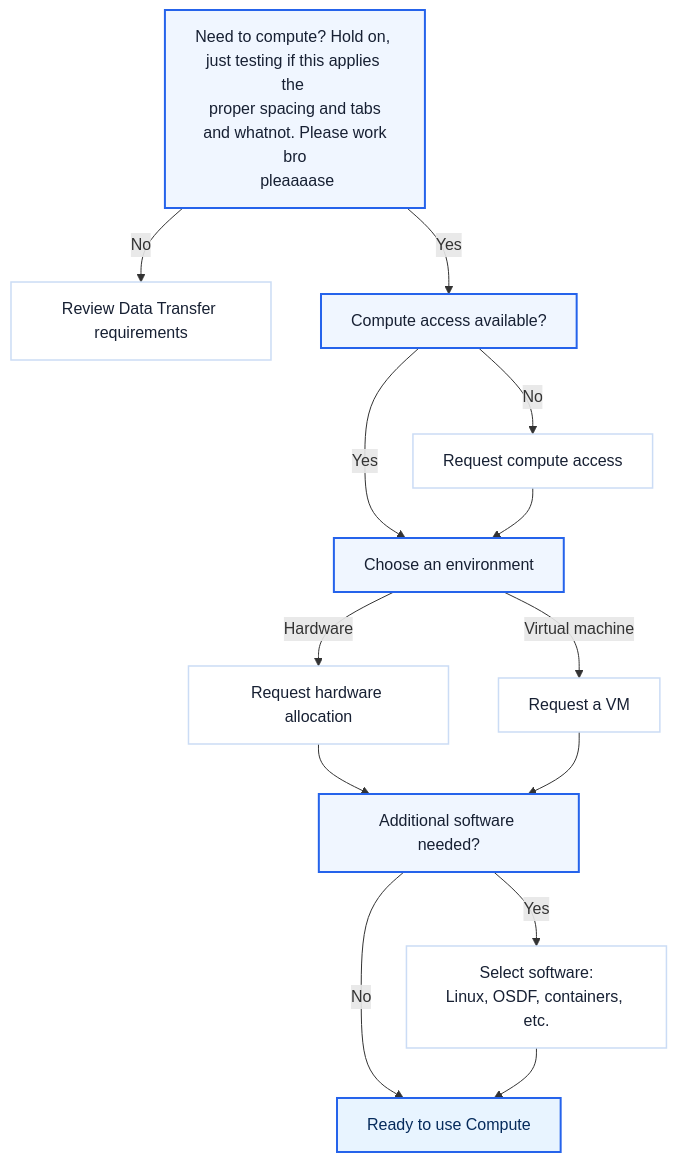
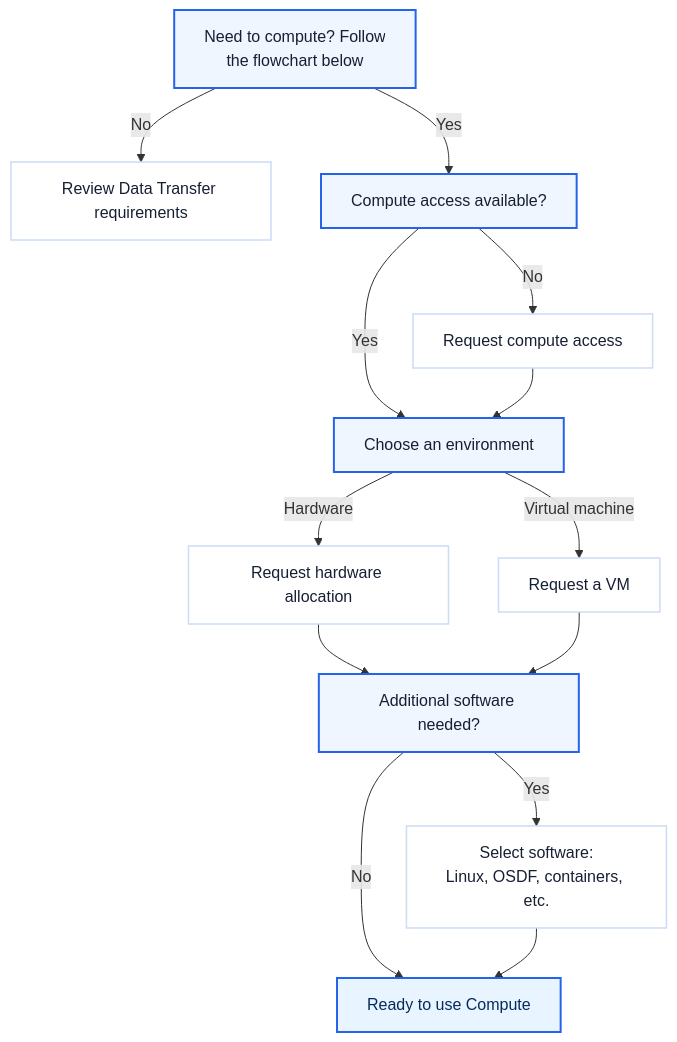
Before and after one commit to ReaganSanz/user-services-test: the second of 2 diagrams in src/content/docs/requirements/index.md, drawn with Mermaid. The commit also changed other lines of this file and 1 other file, not shown here.

Commit message:
feat: small changes to flowcharts

````diff
--- a/src/content/docs/requirements/index.md
+++ b/src/content/docs/requirements/index.md
@@ -102,35 +102,35 @@
 ```mermaid
 ---
 config:
 fontFamily: 'Inter'
 themeVariables:
  fontFamily: 'Inter'
  fontSize: '14px'
 look: neo
 ---
 flowchart TD
- A[Need to compute? Hold on, <br/>just testing if this applies the <br/> proper spacing and tabs <br/> and whatnot. Please work bro<br/> pleaaaase]
+ A[Need to compute? Follow <br/> the flowchart below]
  A -->|No| Z[Review Data Transfer requirements]
     A -->|Yes| B[Compute access available?]
 
     B -->|No| C[Request compute access]
     B -->|Yes| D[Choose an environment]
 
     C --> D
     D -->|Hardware| E[Request hardware allocation]
     D -->|Virtual machine| F[Request a VM]
 
     E --> G[Additional software needed?]
     F --> G
     G -->|Yes| H[Select software:<br/>Linux, OSDF, containers, etc.]
     G -->|No| I[Ready to use Compute]
     H --> I
 
     classDef decision fill:#f0f6ff,stroke:#2563eb,stroke-width:2px,color:#172033
     classDef action fill:#ffffff,stroke:#cbdcf5,stroke-width:1.5px,color:#172033
     classDef ready fill:#e8f4ff,stroke:#2563eb,stroke-width:2px,color:#062b5c
 
     class A,B,D,G decision
     class C,E,F,H,Z action
     class I ready
 ```
````
